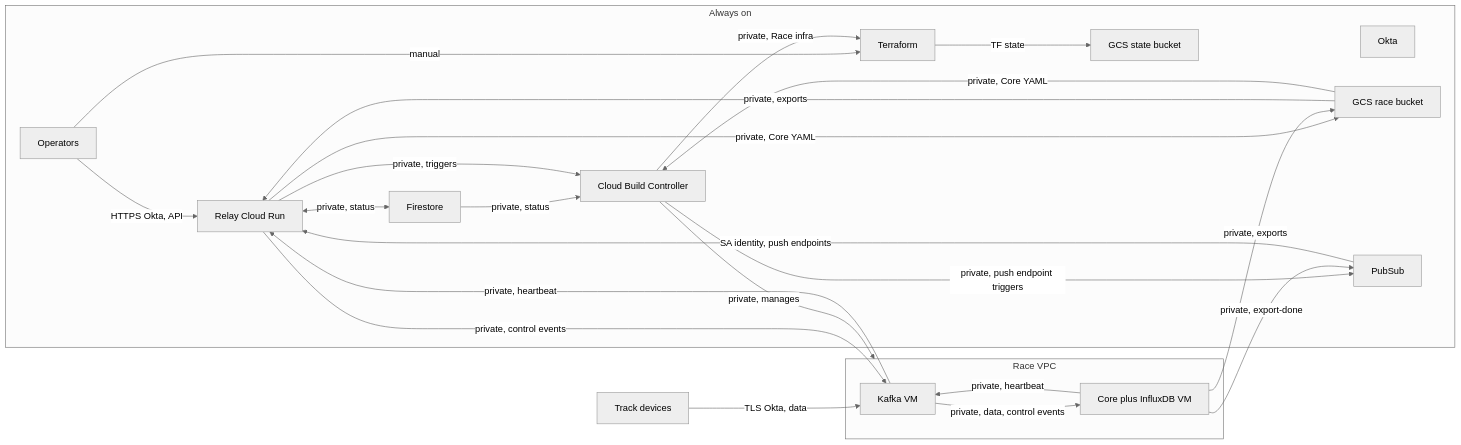
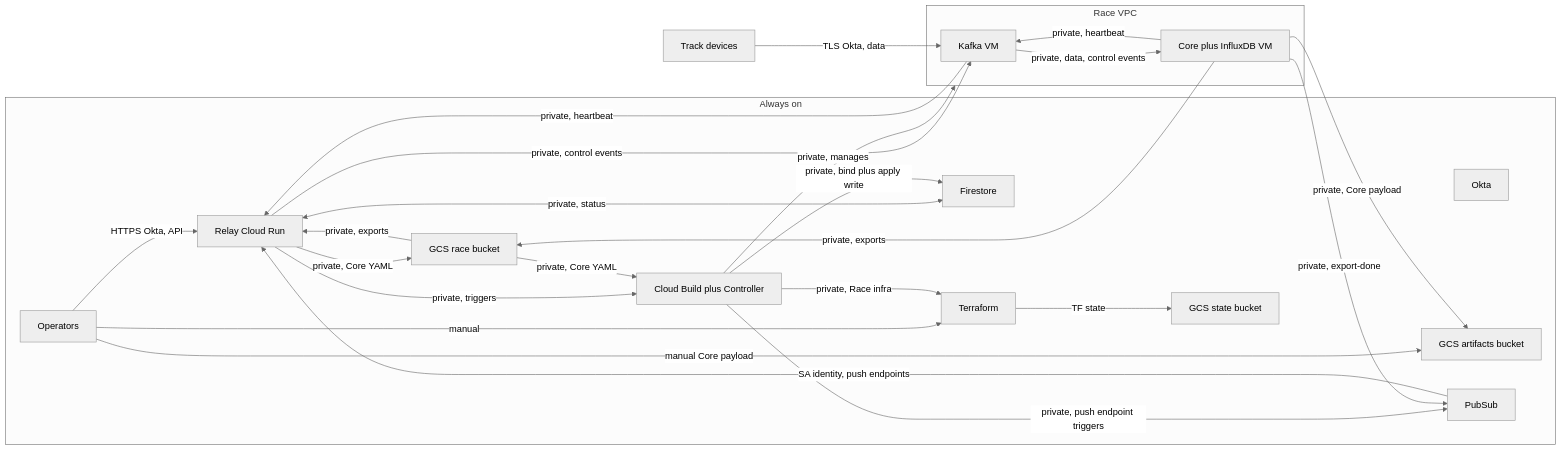
Before and after one commit to ChronoRacer/chronoracer: the diagram in docs/README.md, drawn with Mermaid (neutral theme). The commit also changed other lines of this file and 52 other files, not shown here.

````diff
--- a/docs/README.md
+++ b/docs/README.md
@@ -17,39 +43,42 @@
 ```mermaid
 flowchart LR
   subgraph alwaysOn [Always on]
     Okta[Okta]
     Operators[Operators]
     Relay[Relay Cloud Run]
     FS[Firestore]
     GcsRace[GCS race bucket]
     GcsState[GCS state bucket]
+    GcsArt[GCS artifacts bucket]
     PS[PubSub]
-    CB[Cloud Build Controller]
+    CB[Cloud Build plus Controller]
     TF[Terraform]
   end
   subgraph raceVpc [Race VPC]
     Kafka[Kafka VM]
     CoreDB[Core plus InfluxDB VM]
   end
   Devices[Track devices]
   Operators -->|HTTPS Okta, API| Relay
   Operators -->|manual| TF
+  Operators -->|manual Core payload| GcsArt
   Relay <--> |private, status| FS
-  FS --> |private, status| CB
+  CB --> |private, bind plus apply write| FS
   Relay --> |private, Core YAML| GcsRace
   GcsRace --> |private, exports| Relay
   PS --> |SA identity, push endpoints| Relay
   Relay --> |private, triggers| CB
   CB --> |private, push endpoint triggers| PS
   CB --> |private, manages| raceVpc
   GcsRace --> |private, Core YAML| CB
   Relay -->|private, control events| Kafka
   CoreDB -->|private, heartbeat| Kafka
   Devices -->|TLS Okta, data| Kafka
   Kafka -->|private, data, control events| CoreDB
   Kafka -->|private, heartbeat| Relay
   CoreDB -->|private, exports| GcsRace
+  CoreDB -->|private, Core payload| GcsArt
   CoreDB -->|private, export-done| PS
   CB -->|private, Race infra| TF
   TF --> |TF state| GcsState
 ```
````
